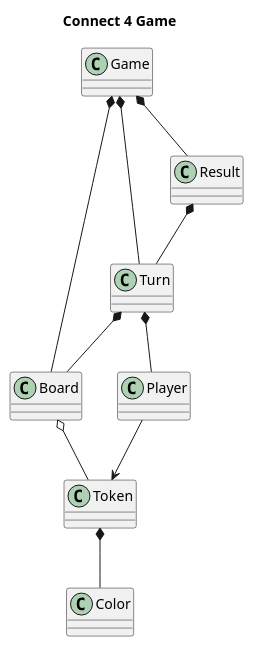
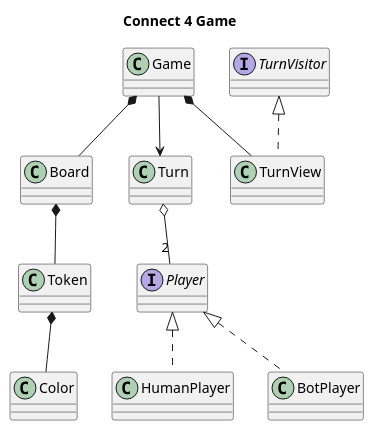
Before and after one commit to marcmorente/connect4game: the diagram in docs/connect4game.puml, drawn with PlantUML. The commit also changed 1 other file, not shown here.

Commit message:
Update UML

```diff
--- a/docs/connect4game.puml
+++ b/docs/connect4game.puml
@@ -1,21 +1,22 @@
 @startuml
 skinparam classAttributeIconSize 0
 title Connect 4 Game
 class Game
-class Player
+interface Player
+class HumanPlayer implements Player
+class BotPlayer implements Player
 class Board
 class Token
 class Turn
-class Result
+class TurnView implements TurnVisitor
+interface TurnVisitor
 class Color
 
+Turn o-- "2" Player
 Game *-- Board
-Game *-- Turn
-Game *-- Result
-Result *-- Turn
-Turn *-- Player
-Turn *-- Board
-Board o-- Token
+Game *-- TurnView
 Token *-- Color
-Player --> Token
+Board *-- Token
+Game --> Turn
+
 @enduml
```
